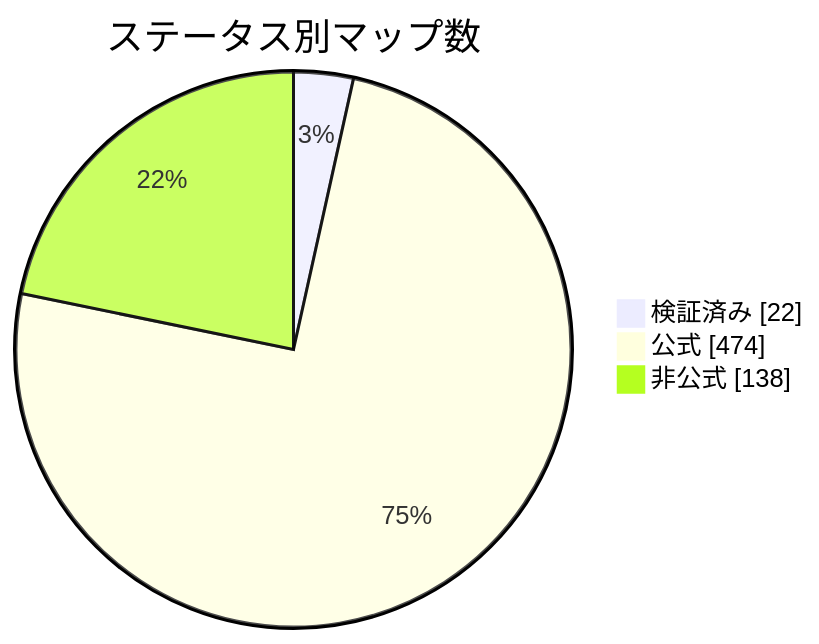
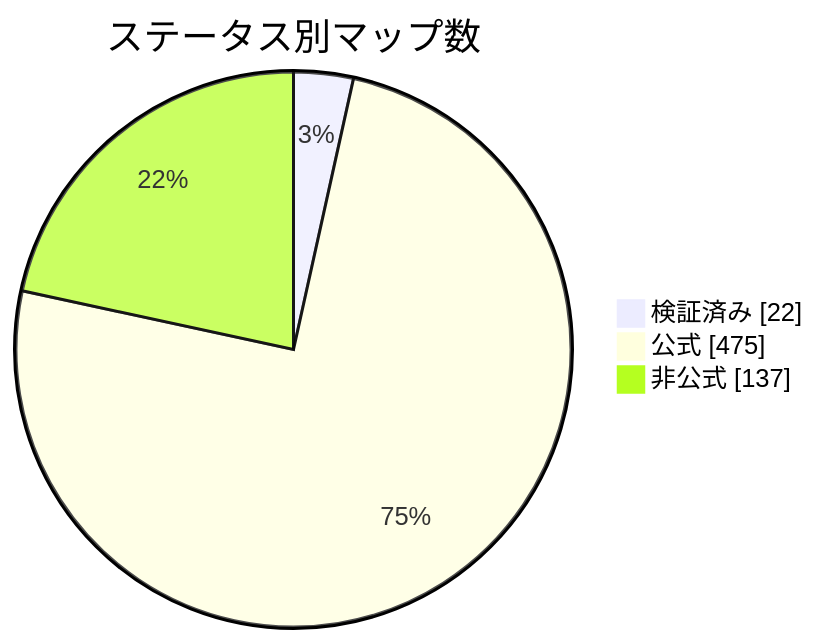
Before and after one commit to nobrega8/mbmap-library: the diagram in docs/readme/README_JP.md, drawn with Mermaid. The commit also changed 8 other files, not shown here.

````diff
--- a/docs/readme/README_JP.md
+++ b/docs/readme/README_JP.md
@@ -54,7 +54,7 @@
 ```mermaid
 pie showData
     title ステータス別マップ数
     "検証済み" : 22
-    "公式" : 474
-    "非公式" : 138
+    "公式" : 475
+    "非公式" : 137
 ```
````
